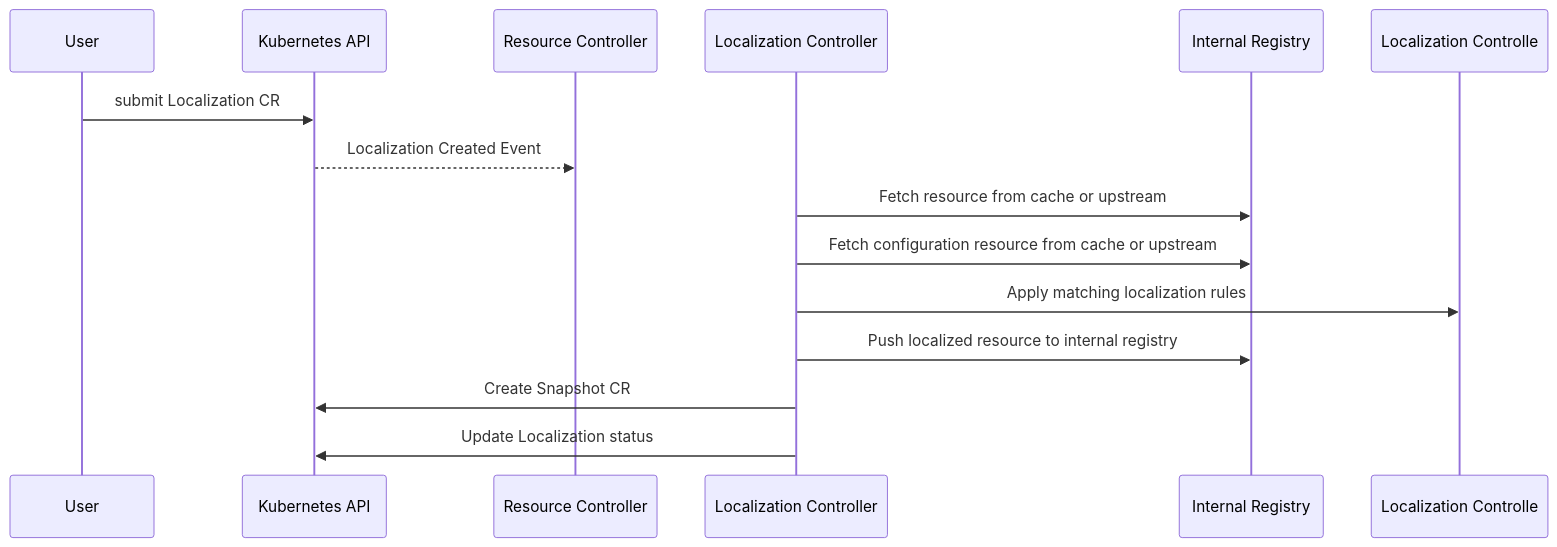
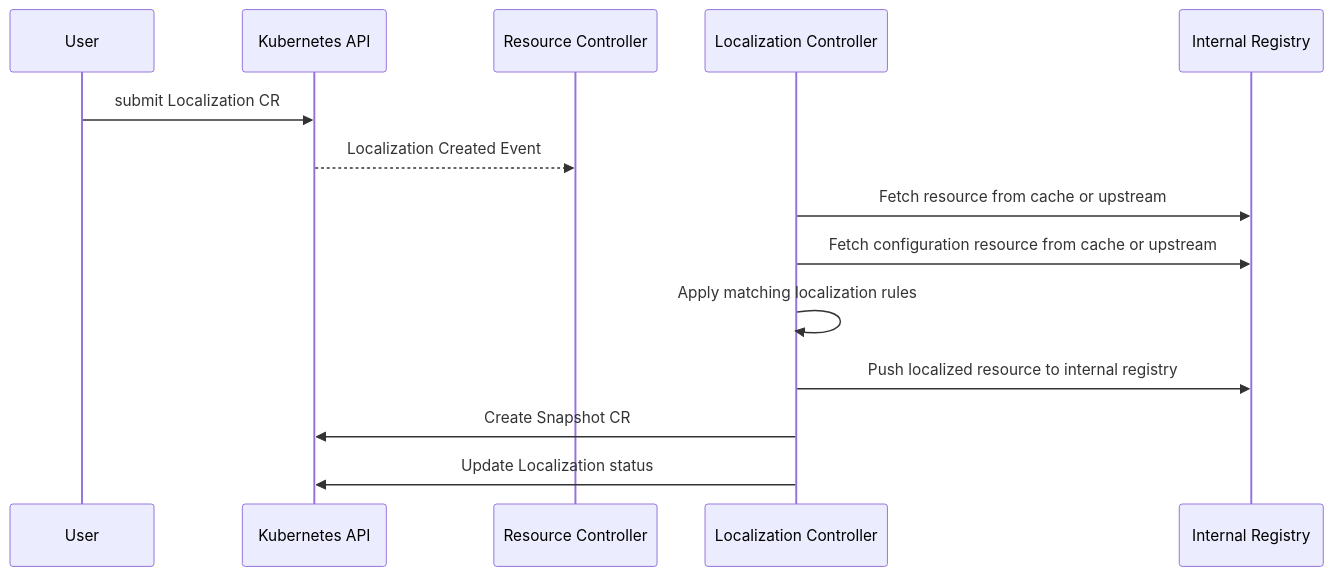
The third of 3 diagrams in docs/architecture.md (open-component-model/ocm-controller), drawn with Mermaid before and after one commit.

````diff
--- a/docs/architecture.md
+++ b/docs/architecture.md
@@ -138,11 +138,11 @@
 ```mermaid
 sequenceDiagram
     User->>Kubernetes API: submit Localization CR
     Kubernetes API-->>Resource Controller: Localization Created Event
     Localization Controller->>Internal Registry: Fetch resource from cache or upstream
     Localization Controller->>Internal Registry: Fetch configuration resource from cache or upstream
-    Localization Controller->>Localization Controlle: Apply matching localization rules
+    Localization Controller->>Localization Controller: Apply matching localization rules
     Localization Controller->>Internal Registry: Push localized resource to internal registry
     Localization Controller->>Kubernetes API: Create Snapshot CR
     Localization Controller->>Kubernetes API: Update Localization status
 ```
````
